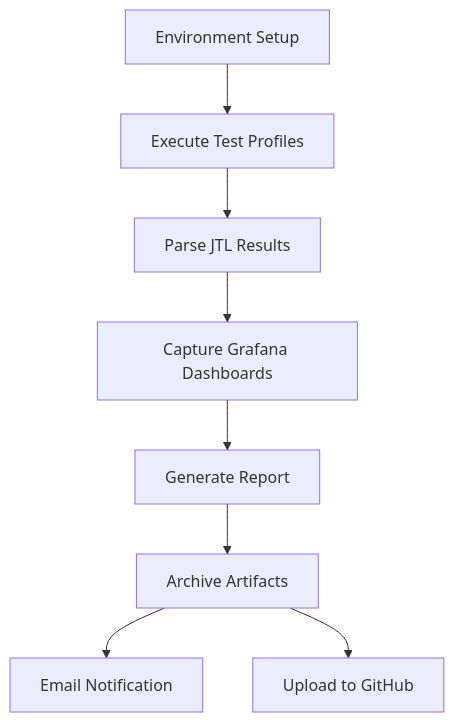
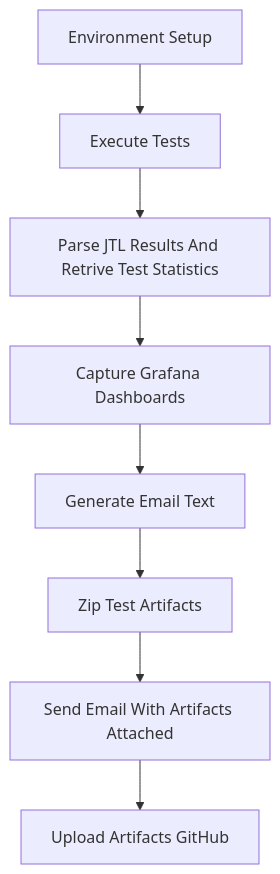
Before and after one commit to Prab-Bains/Performance-Monitoring-Pipeline: the diagram in README.md, drawn with Mermaid.

````diff
--- a/README.md
+++ b/README.md
@@ -46,10 +46,10 @@
 ```mermaid
 flowchart TD
-    A[Environment Setup] --> B[Execute Test Profiles]
-    B --> C[Parse JTL Results]
+    A[Environment Setup] --> B[Execute Tests]
+    B --> C[Parse JTL Results And Retrive Test Statistics]
     C --> D[Capture Grafana Dashboards]
-    D --> E[Generate Report]
-    E --> F[Archive Artifacts]
-    F --> G[Email Notification]
-    F --> H[Upload to GitHub]
+    D --> E[Generate Email Text]
+    E --> F[Zip Test Artifacts]
+    F --> G[Send Email With Artifacts Attached]
+    G --> H[Upload Artifacts GitHub]
 ```
````
